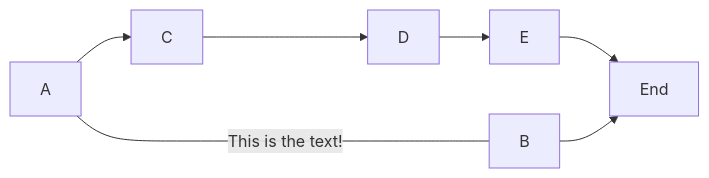
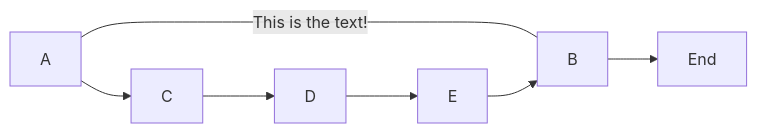
One commit to szks-repo/mermaid_md_test changed the first of 2 diagrams in README.md. Above: the diagram before and after it, drawn with Mermaid.

````diff
--- a/README.md
+++ b/README.md
@@ -4,9 +4,9 @@
 ```mermaid
 flowchart LR
     A-- This is the text! ---B
     A-->C
     C-->D
     D-->E
-    E-->End
+    E-->B
     B-->End
 ```
````
